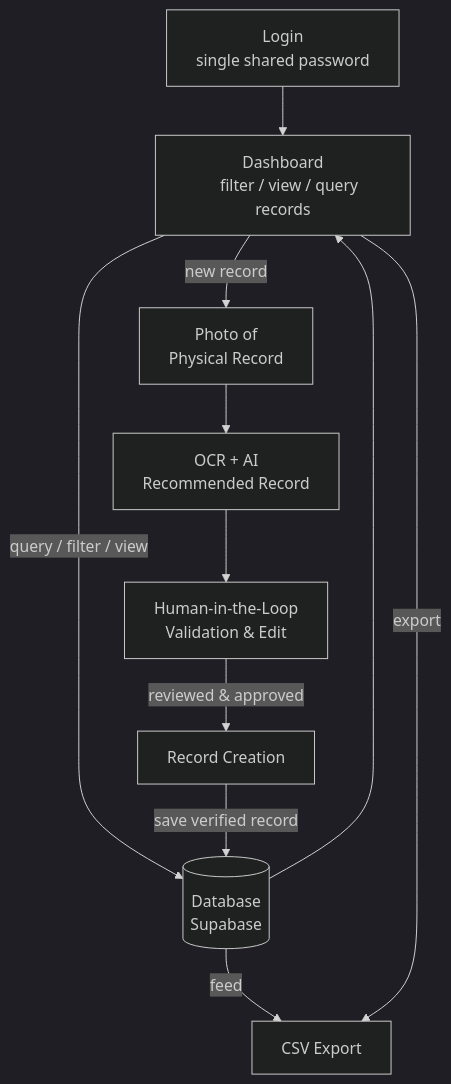
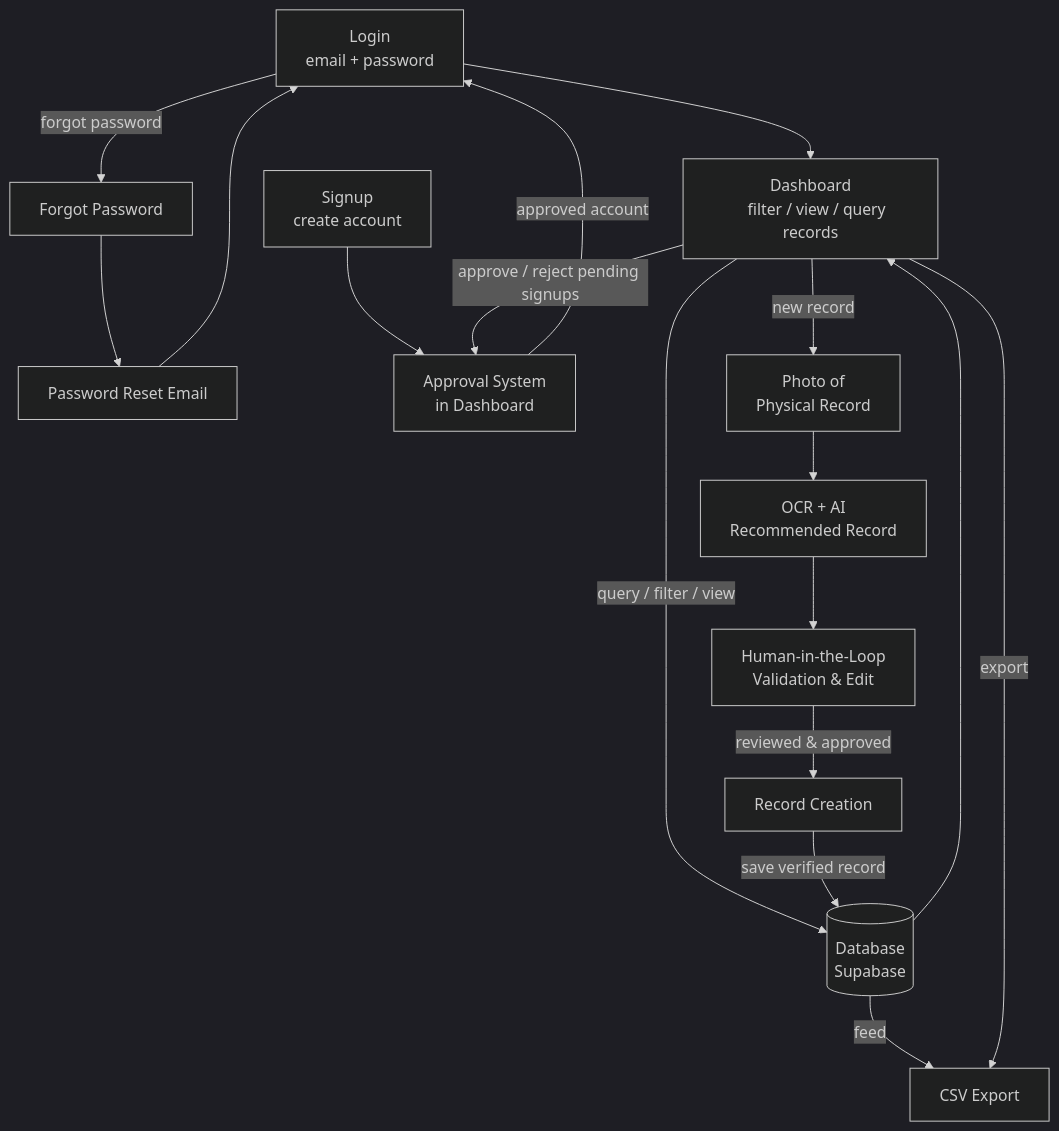
One commit to Monotonality/LapidaryArtsOCRPipeline changed the diagram in docs/workflow-diagram.md. Above: the diagram before and after it, drawn with Mermaid (dark theme). The commit also changed other lines of this file and 8 other files, not shown here.

Commit message:
Add signup approval workflow and password recovery flow

````diff
--- a/docs/workflow-diagram.md
+++ b/docs/workflow-diagram.md
@@ -3,29 +3,42 @@
 ```mermaid
 flowchart TD
     Login["Login
-    single shared password"]
+    email + password"]
+    Signup["Signup
+    create account"]
+    Forgot["Forgot Password"]
+    EmailReset["Password Reset Email"]
+    Approval["Approval System
+    in Dashboard"]
     Dash["Dashboard
     filter / view / query records"]
     DB[("Database
     Supabase")]
     CSV["CSV Export"]
 
     Create["Record Creation"]
     Validate["Human-in-the-Loop
     Validation & Edit"]
     OCR["OCR + AI
     Recommended Record"]
     Photo["Photo of
     Physical Record"]
 
+    Signup --> Approval
+    Approval -->|approved account| Login
+    Login -->|forgot password| Forgot
+    Forgot --> EmailReset
+    EmailReset --> Login
     Login --> Dash
+
+    Dash -->|approve / reject pending signups| Approval
     Dash -->|query / filter / view| DB
     DB -->|feed| CSV
     Dash -->|export| CSV
     Dash -->|new record| Photo
     Photo --> OCR
     OCR --> Validate
     Validate -->|reviewed & approved| Create
     Create -->|save verified record| DB
     DB --> Dash
 ```
````
